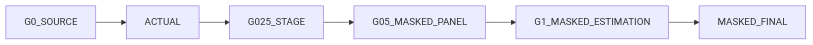
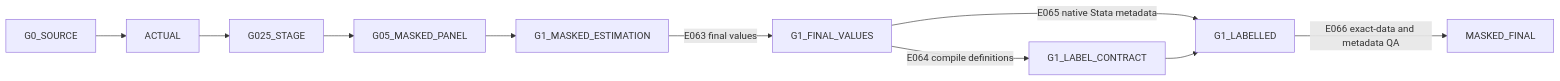
The second of 2 diagrams in downstream/dag/DAG.md (natanaelwgm/2026-kolega-den-bps-repo), drawn with Mermaid before and after one commit. The commit also changed other lines of this file and 34 other files, not shown here.

Commit message:
Add final G1 variable definitions as validated DAG finishing edges

````diff
--- a/downstream/dag/DAG.md
+++ b/downstream/dag/DAG.md
@@ -43,8 +43,12 @@
 ```mermaid
 flowchart LR
     G0_SOURCE --> ACTUAL
     ACTUAL --> G025_STAGE
     G025_STAGE --> G05_MASKED_PANEL
     G05_MASKED_PANEL --> G1_MASKED_ESTIMATION
-    G1_MASKED_ESTIMATION --> MASKED_FINAL
+    G1_MASKED_ESTIMATION -->|E063 final values| G1_FINAL_VALUES
+    G1_FINAL_VALUES -->|E064 compile definitions| G1_LABEL_CONTRACT
+    G1_FINAL_VALUES -->|E065 native Stata metadata| G1_LABELLED
+    G1_LABEL_CONTRACT --> G1_LABELLED
+    G1_LABELLED -->|E066 exact-data and metadata QA| MASKED_FINAL
 ```
````
